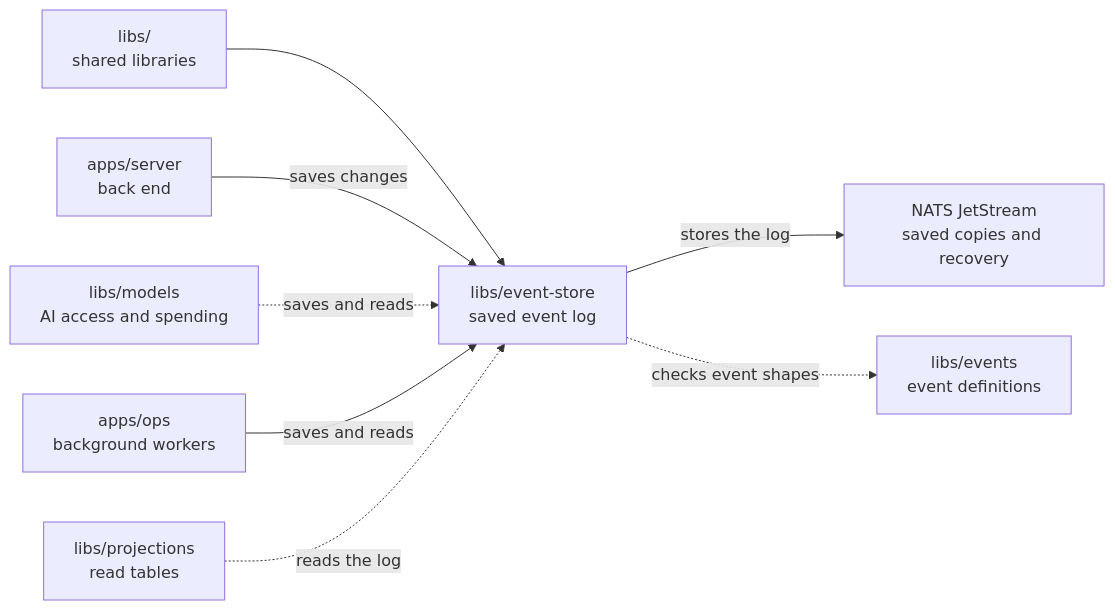
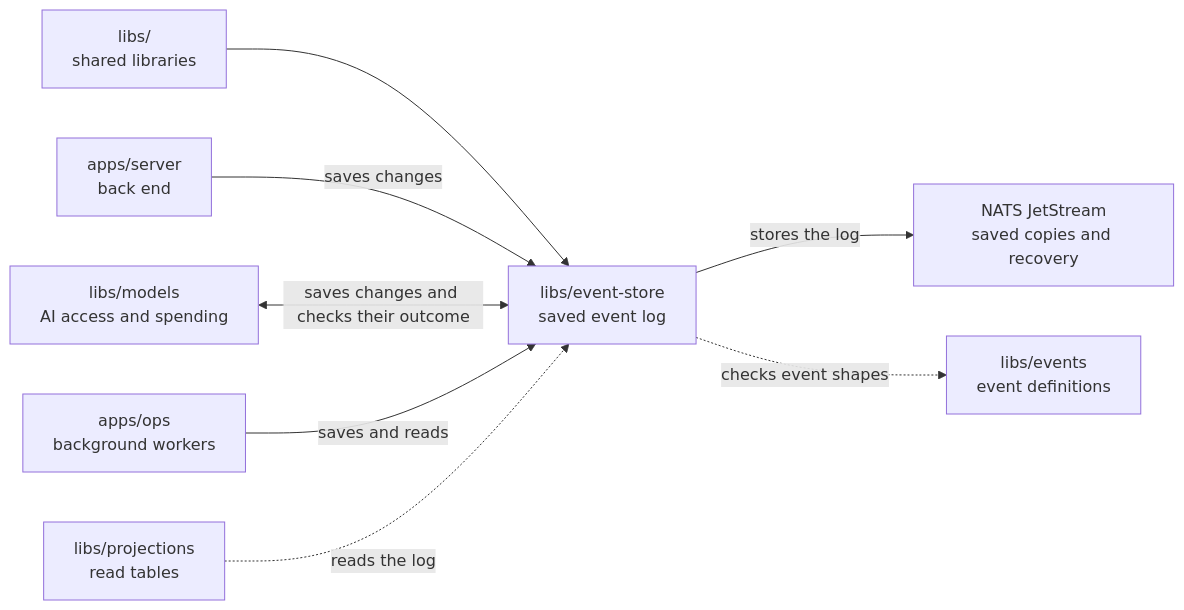
The diagram in libs/event-store/README.md (elewa-git/opencrane-new), drawn with Mermaid before and after one commit. The commit also changed other lines of this file and 21 other files, not shown here.

````diff
--- a/libs/event-store/README.md
+++ b/libs/event-store/README.md
@@ -21,10 +21,10 @@
 ```mermaid
 flowchart LR
   parent["libs/<br/>shared libraries"] --> store["libs/event-store<br/>saved event log"]
   server["apps/server<br/>back end"] -->|saves changes| store
-  models["libs/models<br/>AI access and spending"] -.->|saves and reads| store
+  models["libs/models<br/>AI access and spending"] <-->|saves changes and checks their outcome| store
   ops["apps/ops<br/>background workers"] -->|saves and reads| store
   projections["libs/projections<br/>read tables"] -.->|reads the log| store
   store -->|stores the log| nats["NATS JetStream<br/>saved copies and recovery"]
   store -.->|checks event shapes| events["libs/events<br/>event definitions"]
 ```
````
